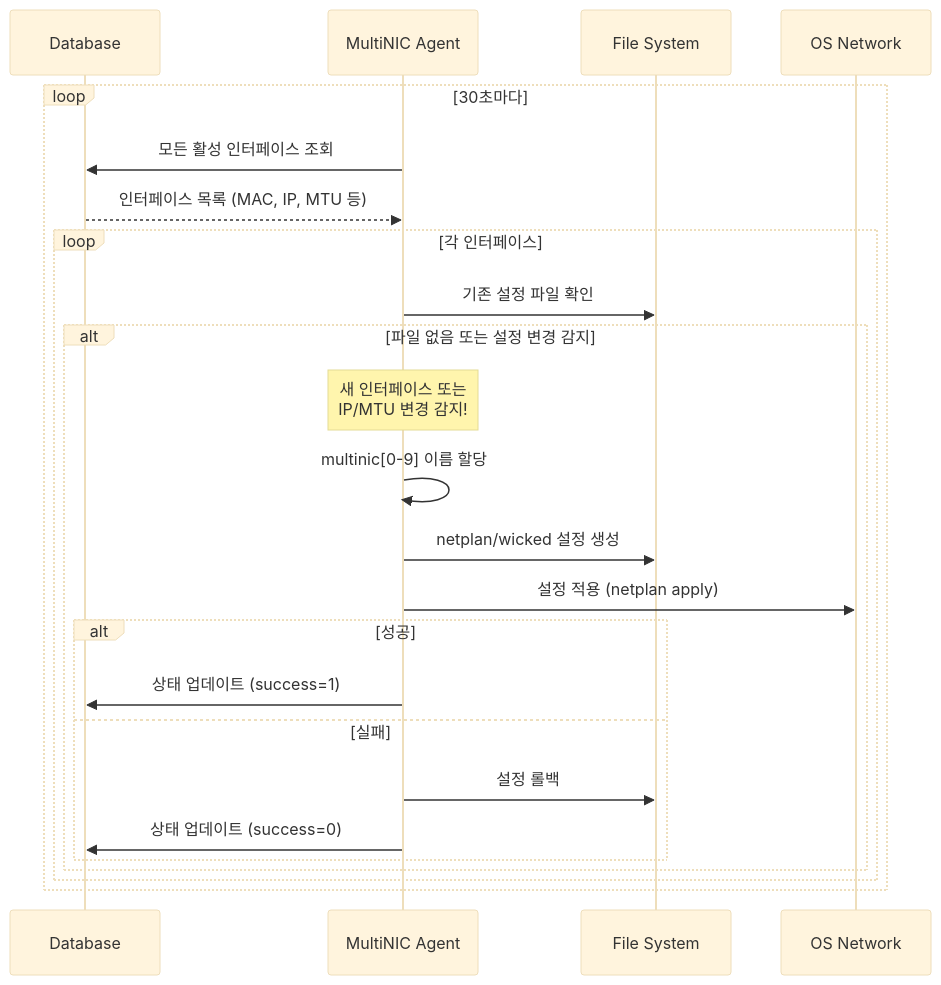
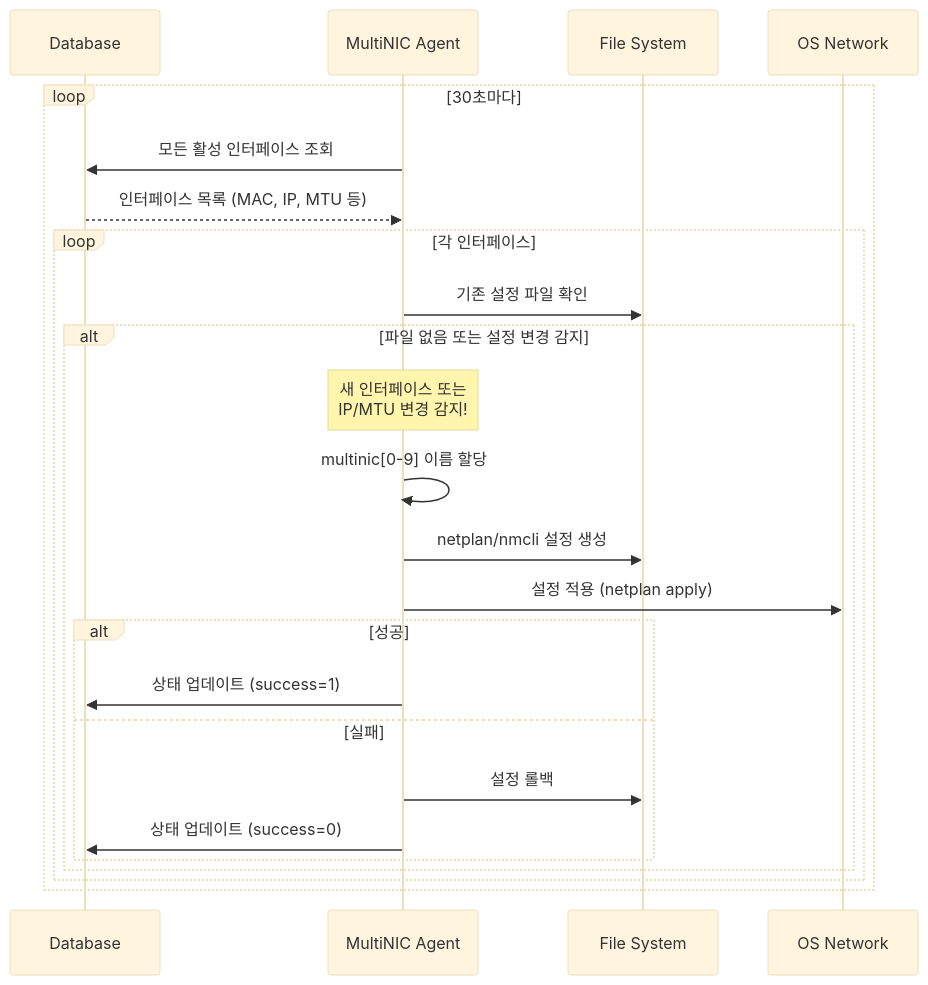
The second of 3 diagrams in README.md (Minzino/multinic-agent), drawn with Mermaid (base theme) before and after one commit. The commit also changed other lines of this file and 11 other files, not shown here.

````diff
--- a/README.md
+++ b/README.md
@@ -122,29 +122,29 @@
 ```mermaid
 sequenceDiagram
     participant DB as Database
     participant Agent as MultiNIC Agent
     participant FS as File System
     participant OS as OS Network
 
     loop 30초마다
         Agent->>DB: 모든 활성 인터페이스 조회
         DB-->>Agent: 인터페이스 목록 (MAC, IP, MTU 등)
         
         loop 각 인터페이스
             Agent->>FS: 기존 설정 파일 확인
             alt 파일 없음 또는 설정 변경 감지
                 Note over Agent: 새 인터페이스 또는<br/>IP/MTU 변경 감지!
                 Agent->>Agent: multinic[0-9] 이름 할당
-                Agent->>FS: netplan/wicked 설정 생성
+                Agent->>FS: netplan/nmcli 설정 생성
                 Agent->>OS: 설정 적용 (netplan apply)
                 
                 alt 성공
                     Agent->>DB: 상태 업데이트 (success=1)
                 else 실패
                     Agent->>FS: 설정 롤백
                     Agent->>DB: 상태 업데이트 (success=0)
                 end
             end
         end
     end
 ```
````
